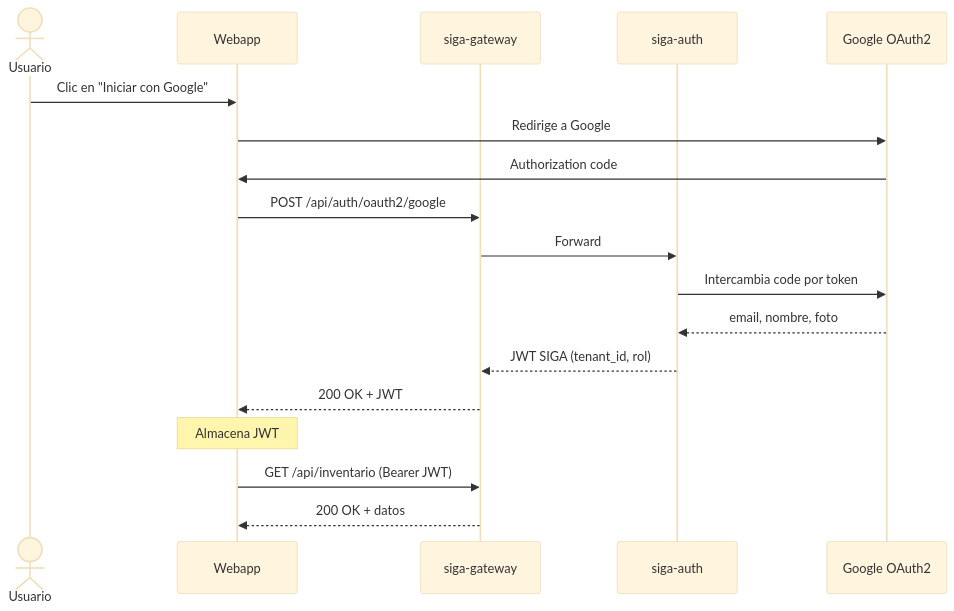
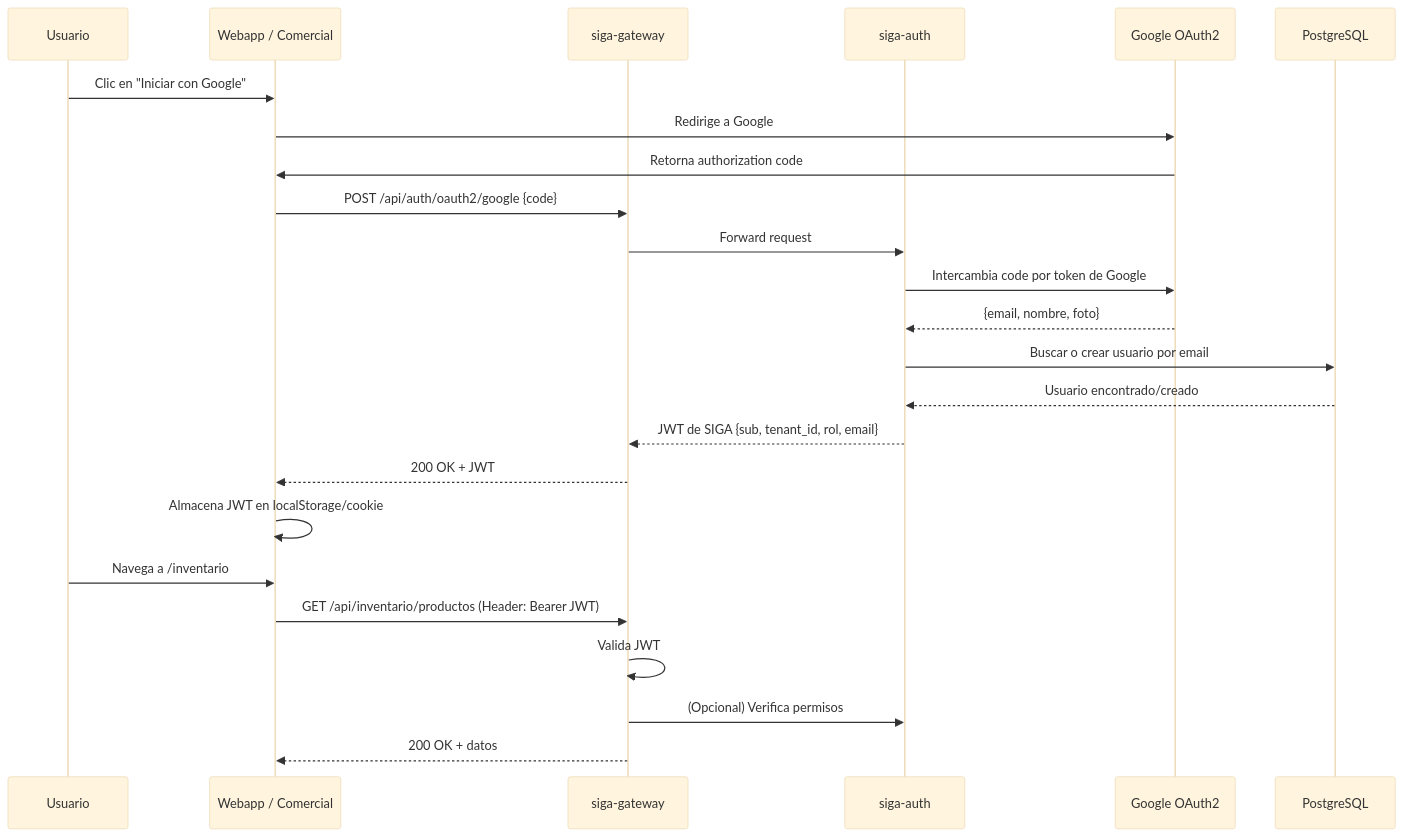
The second of 7 diagrams in openspec/changes/migracion-microservicios/architecture-diagrams.md (HecAguilaV/SIGA), drawn with Mermaid (base theme) before and after one commit. The commit also changed other lines of this file, not shown here.

Commit message:
docs: mejorar renderizado de diagramas Mermaid con ELK para líneas rectas

````diff
--- a/openspec/changes/migracion-microservicios/architecture-diagrams.md
+++ b/openspec/changes/migracion-microservicios/architecture-diagrams.md
@@ -108,21 +83,27 @@
 ```mermaid
 sequenceDiagram
-    actor U as Usuario
-    participant W as Webapp
+    participant U as Usuario
+    participant W as Webapp / Comercial
     participant GW as siga-gateway
     participant AU as siga-auth
     participant G as Google OAuth2
+    participant DB as PostgreSQL
 
     U->>W: Clic en "Iniciar con Google"
     W->>G: Redirige a Google
-    G->>W: Authorization code
-    W->>GW: POST /api/auth/oauth2/google
-    GW->>AU: Forward
-    AU->>G: Intercambia code por token
-    G-->>AU: email, nombre, foto
-    AU-->>GW: JWT SIGA (tenant_id, rol)
+    G->>W: Retorna authorization code
+    W->>GW: POST /api/auth/oauth2/google {code}
+    GW->>AU: Forward request
+    AU->>G: Intercambia code por token de Google
+    G-->>AU: {email, nombre, foto}
+    AU->>DB: Buscar o crear usuario por email
+    DB-->>AU: Usuario encontrado/creado
+    AU-->>GW: JWT de SIGA {sub, tenant_id, rol, email}
     GW-->>W: 200 OK + JWT
-    Note over W: Almacena JWT
-    W->>GW: GET /api/inventario (Bearer JWT)
+    W->>W: Almacena JWT en localStorage/cookie
+    U->>W: Navega a /inventario
+    W->>GW: GET /api/inventario/productos (Header: Bearer JWT)
+    GW->>GW: Valida JWT
+    GW->>AU: (Opcional) Verifica permisos
     GW-->>W: 200 OK + datos
 ```
````
